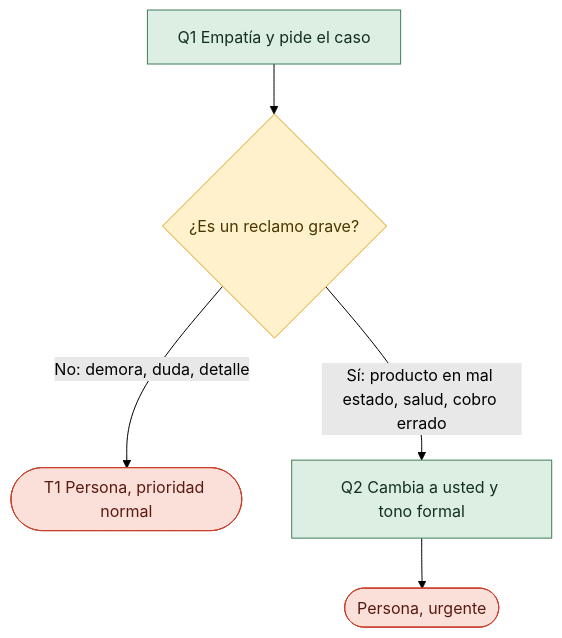
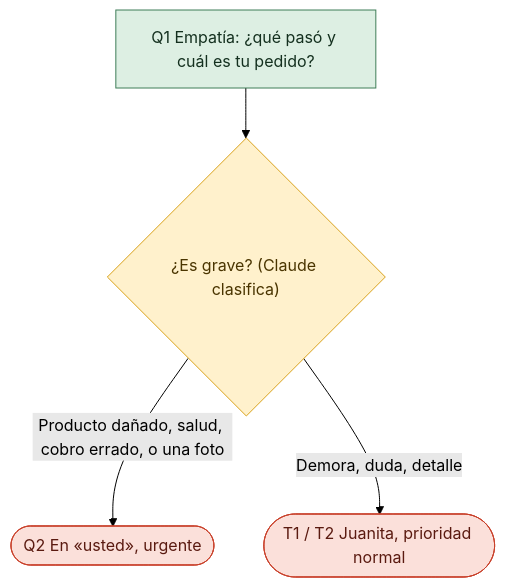
One commit to saboryarte/saboryartewhatsapp changed the third of 3 diagrams in docs/flujos/saboryarte.md. Above: the diagram before and after it, drawn with Mermaid (forest theme). The commit also changed other lines of this file and 29 other files, not shown here.

````diff
--- a/docs/flujos/saboryarte.md
+++ b/docs/flujos/saboryarte.md
@@ -242,13 +126,12 @@
 ```mermaid
 flowchart TD
-  Q1["Q1 Empatía y pide el caso"] --> Q2{"¿Es un reclamo grave?"}
-  Q2 -->|No: demora, duda, detalle| H1(["T1 Persona, prioridad normal"])
-  Q2 -->|Sí: producto en mal estado, salud, cobro errado| Q3["Q2 Cambia a usted y tono formal"]
-  Q3 --> H2(["Persona, urgente"])
+  Q1["Q1 Empatía: ¿qué pasó y cuál es tu pedido?"] --> Q{"¿Es grave? (Claude clasifica)"}
+  Q -->|Producto dañado, salud, cobro errado, o una foto| Q2(["Q2 En «usted», urgente"])
+  Q -->|Demora, duda, detalle| T1(["T1 / T2 Juanita, prioridad normal"])
   classDef bot fill:#DDEFE3,stroke:#3F7D58,color:#14301F;
   classDef dec fill:#FFF1CC,stroke:#D9A21B,color:#4A3500;
   classDef hum fill:#FBE0DA,stroke:#C8402A,color:#5A1A10;
-  class Q1,Q3 bot;
-  class Q2 dec;
-  class H1,H2 hum;
+  class Q1 bot;
+  class Q dec;
+  class Q2,T1 hum;
 ```
````
